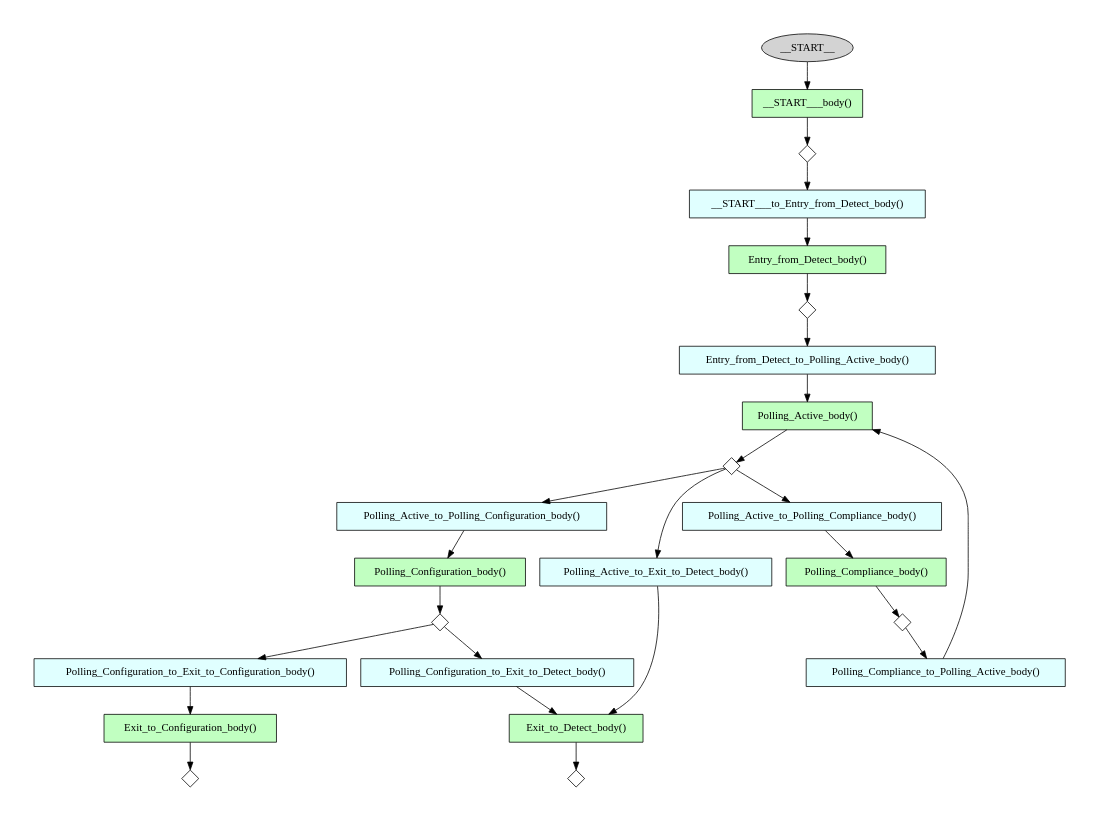
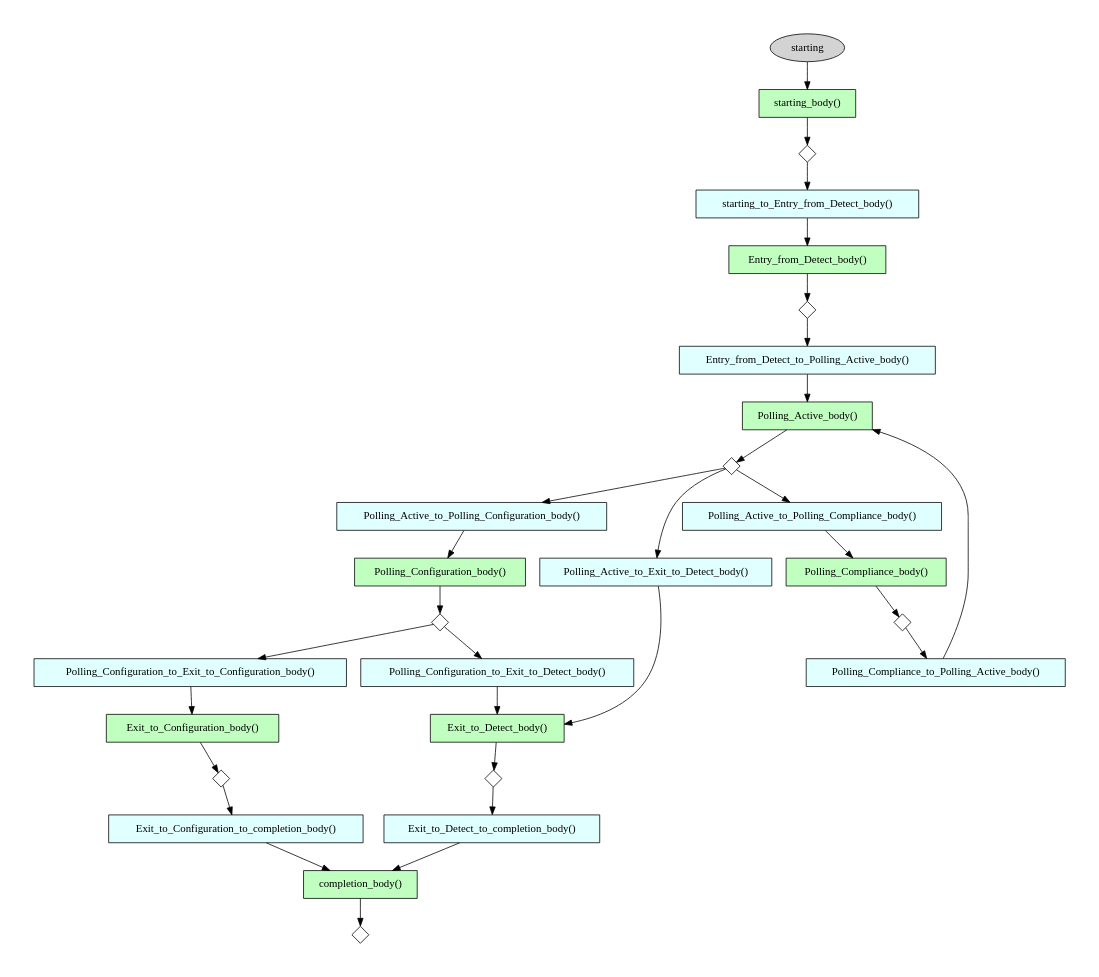
Before and after one commit to stepannotuser/ugrasp_mode: the diagram in examples/pcie_link_training/pcie_link_polling_pkg/src/sv/pcie_link_polling_full_graphviz.dot, drawn with Graphviz. The commit also changed 33 other files, not shown here.

Commit message:
Adding starting and completion nodes and Regenerate examples

```diff
--- a/examples/pcie_link_training/pcie_link_polling_pkg/src/sv/pcie_link_polling_full_graphviz.dot
+++ b/examples/pcie_link_training/pcie_link_polling_pkg/src/sv/pcie_link_polling_full_graphviz.dot
@@ -1,54 +1,63 @@
 // SVGraph pcie_link_polling
 // File    pcie_link_polling_full_graphviz.dot
 
 
 digraph pcie_link_polling {
   pad="0.5"
-  __START__ [label="__START__" fillcolor=lightgrey style=filled];
-  __START__ -> __START___body;
+  starting [label="starting" fillcolor=lightgrey style=filled];
+  starting -> starting_body;
   Entry_from_Detect_body [label="Entry_from_Detect_body()" shape=box style=filled fillcolor=darkseagreen1];
   Entry_from_Detect_sel [label="" shape=diamond height="0.3" width="0.3"];
   Entry_from_Detect_body -> Entry_from_Detect_sel;
   Entry_from_Detect_to_Polling_Active_body [label="Entry_from_Detect_to_Polling_Active_body()" shape=box style=filled fillcolor=lightcyan];
   Entry_from_Detect_sel -> Entry_from_Detect_to_Polling_Active_body
   Entry_from_Detect_to_Polling_Active_body -> Polling_Active_body;
   Polling_Active_body [label="Polling_Active_body()" shape=box style=filled fillcolor=darkseagreen1];
   Polling_Active_sel [label="" shape=diamond height="0.3" width="0.3"];
   Polling_Active_body -> Polling_Active_sel;
   Polling_Active_to_Polling_Compliance_body [label="Polling_Active_to_Polling_Compliance_body()" shape=box style=filled fillcolor=lightcyan];
   Polling_Active_sel -> Polling_Active_to_Polling_Compliance_body
   Polling_Active_to_Polling_Compliance_body -> Polling_Compliance_body;
   Polling_Active_to_Polling_Configuration_body [label="Polling_Active_to_Polling_Configuration_body()" shape=box style=filled fillcolor=lightcyan];
   Polling_Active_sel -> Polling_Active_to_Polling_Configuration_body
   Polling_Active_to_Polling_Configuration_body -> Polling_Configuration_body;
   Polling_Active_to_Exit_to_Detect_body [label="Polling_Active_to_Exit_to_Detect_body()" shape=box style=filled fillcolor=lightcyan];
   Polling_Active_sel -> Polling_Active_to_Exit_to_Detect_body
   Polling_Active_to_Exit_to_Detect_body -> Exit_to_Detect_body;
   Polling_Compliance_body [label="Polling_Compliance_body()" shape=box style=filled fillcolor=darkseagreen1];
   Polling_Compliance_sel [label="" shape=diamond height="0.3" width="0.3"];
   Polling_Compliance_body -> Polling_Compliance_sel;
   Polling_Compliance_to_Polling_Active_body [label="Polling_Compliance_to_Polling_Active_body()" shape=box style=filled fillcolor=lightcyan];
   Polling_Compliance_sel -> Polling_Compliance_to_Polling_Active_body
   Polling_Compliance_to_Polling_Active_body -> Polling_Active_body;
   Polling_Configuration_body [label="Polling_Configuration_body()" shape=box style=filled fillcolor=darkseagreen1];
   Polling_Configuration_sel [label="" shape=diamond height="0.3" width="0.3"];
   Polling_Configuration_body -> Polling_Configuration_sel;
   Polling_Configuration_to_Exit_to_Detect_body [label="Polling_Configuration_to_Exit_to_Detect_body()" shape=box style=filled fillcolor=lightcyan];
   Polling_Configuration_sel -> Polling_Configuration_to_Exit_to_Detect_body
   Polling_Configuration_to_Exit_to_Detect_body -> Exit_to_Detect_body;
   Polling_Configuration_to_Exit_to_Configuration_body [label="Polling_Configuration_to_Exit_to_Configuration_body()" shape=box style=filled fillcolor=lightcyan];
   Polling_Configuration_sel -> Polling_Configuration_to_Exit_to_Configuration_body
   Polling_Configuration_to_Exit_to_Configuration_body -> Exit_to_Configuration_body;
   Exit_to_Detect_body [label="Exit_to_Detect_body()" shape=box style=filled fillcolor=darkseagreen1];
   Exit_to_Detect_sel [label="" shape=diamond height="0.3" width="0.3"];
   Exit_to_Detect_body -> Exit_to_Detect_sel;
+  Exit_to_Detect_to_completion_body [label="Exit_to_Detect_to_completion_body()" shape=box style=filled fillcolor=lightcyan];
+  Exit_to_Detect_sel -> Exit_to_Detect_to_completion_body
+  Exit_to_Detect_to_completion_body -> completion_body;
   Exit_to_Configuration_body [label="Exit_to_Configuration_body()" shape=box style=filled fillcolor=darkseagreen1];
   Exit_to_Configuration_sel [label="" shape=diamond height="0.3" width="0.3"];
   Exit_to_Configuration_body -> Exit_to_Configuration_sel;
-  __START___body [label="__START___body()" shape=box style=filled fillcolor=darkseagreen1];
-  __START___sel [label="" shape=diamond height="0.3" width="0.3"];
-  __START___body -> __START___sel;
-  __START___to_Entry_from_Detect_body [label="__START___to_Entry_from_Detect_body()" shape=box style=filled fillcolor=lightcyan];
-  __START___sel -> __START___to_Entry_from_Detect_body
-  __START___to_Entry_from_Detect_body -> Entry_from_Detect_body;
+  Exit_to_Configuration_to_completion_body [label="Exit_to_Configuration_to_completion_body()" shape=box style=filled fillcolor=lightcyan];
+  Exit_to_Configuration_sel -> Exit_to_Configuration_to_completion_body
+  Exit_to_Configuration_to_completion_body -> completion_body;
+  starting_body [label="starting_body()" shape=box style=filled fillcolor=darkseagreen1];
+  starting_sel [label="" shape=diamond height="0.3" width="0.3"];
+  starting_body -> starting_sel;
+  starting_to_Entry_from_Detect_body [label="starting_to_Entry_from_Detect_body()" shape=box style=filled fillcolor=lightcyan];
+  starting_sel -> starting_to_Entry_from_Detect_body
+  starting_to_Entry_from_Detect_body -> Entry_from_Detect_body;
+  completion_body [label="completion_body()" shape=box style=filled fillcolor=darkseagreen1];
+  completion_sel [label="" shape=diamond height="0.3" width="0.3"];
+  completion_body -> completion_sel;
 }
```
